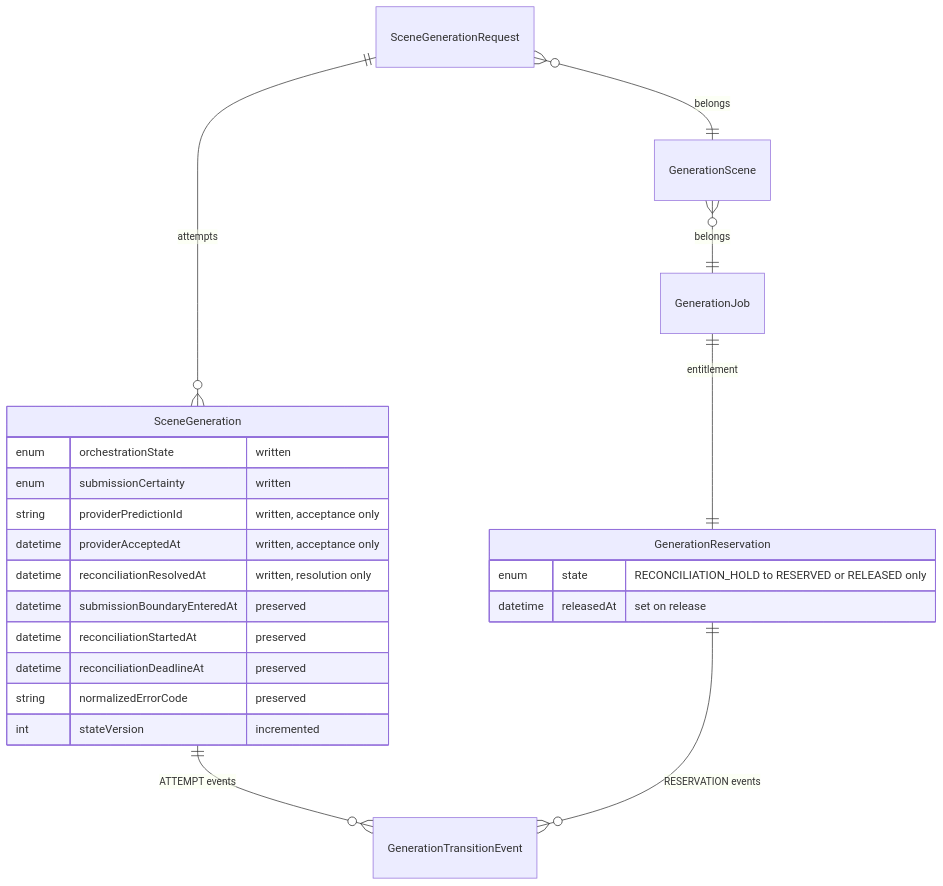
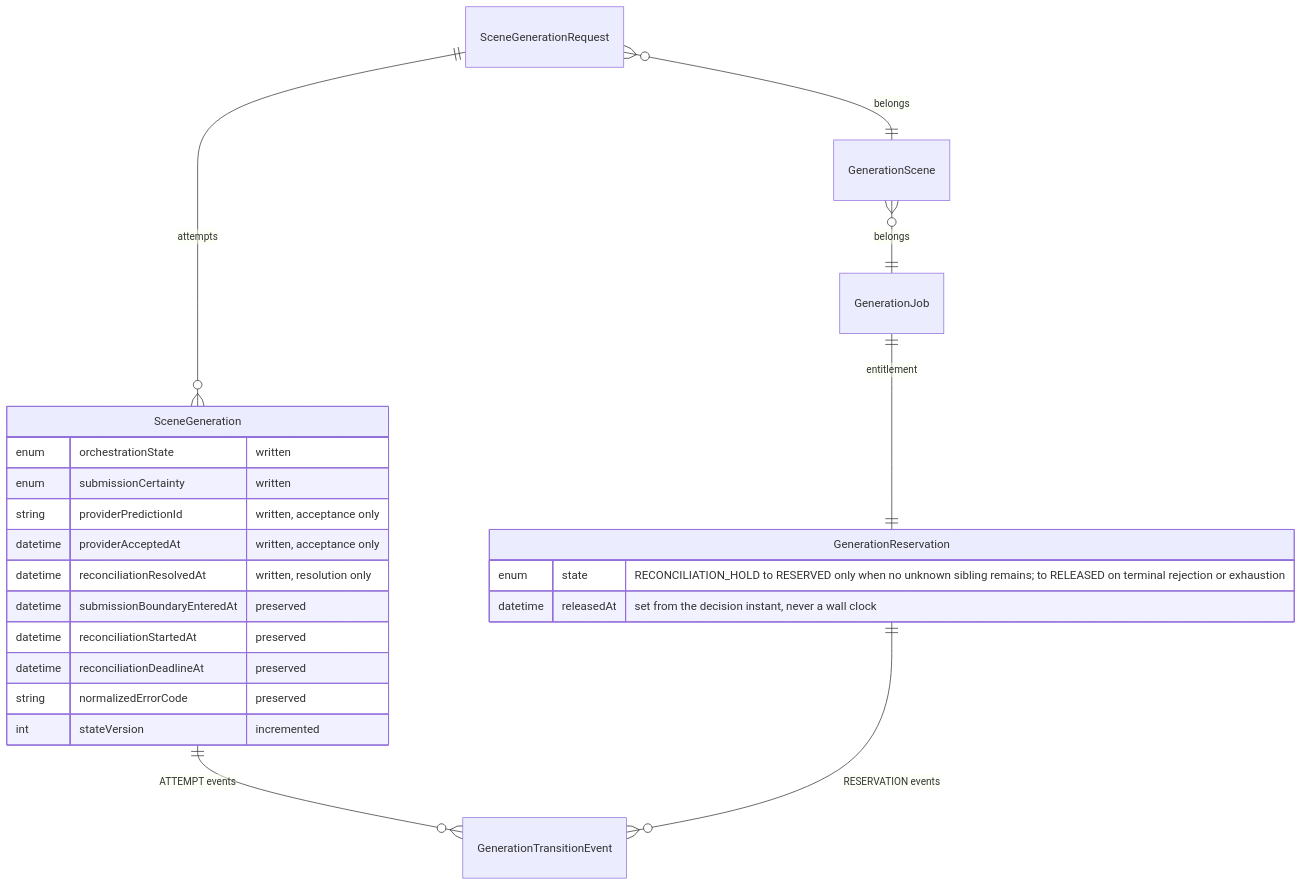
One commit to TakeTouhu/Real-Estate-Listing-Concept-Video changed the second of 2 diagrams in docs/phase-4c3b2g2-completion.md. Above: the diagram before and after it, drawn with Mermaid. The commit also changed other lines of this file and 18 other files, not shown here.

First line of the commit message:
Phase 4C-3B-2G-2: Job-scoped holds, true replay, one decision clock, bounded batches

````diff
--- a/docs/phase-4c3b2g2-completion.md
+++ b/docs/phase-4c3b2g2-completion.md
@@ -93,26 +109,26 @@
 ```mermaid
 erDiagram
     SceneGeneration ||--o{ GenerationTransitionEvent : "ATTEMPT events"
     GenerationReservation ||--o{ GenerationTransitionEvent : "RESERVATION events"
     SceneGenerationRequest ||--o{ SceneGeneration : attempts
     GenerationJob ||--|| GenerationReservation : entitlement
     GenerationScene }o--|| GenerationJob : belongs
     SceneGenerationRequest }o--|| GenerationScene : belongs
 
     SceneGeneration {
         enum orchestrationState "written"
         enum submissionCertainty "written"
         string providerPredictionId "written, acceptance only"
         datetime providerAcceptedAt "written, acceptance only"
         datetime reconciliationResolvedAt "written, resolution only"
         datetime submissionBoundaryEnteredAt "preserved"
         datetime reconciliationStartedAt "preserved"
         datetime reconciliationDeadlineAt "preserved"
         string normalizedErrorCode "preserved"
         int stateVersion "incremented"
     }
     GenerationReservation {
-        enum state "RECONCILIATION_HOLD to RESERVED or RELEASED only"
-        datetime releasedAt "set on release"
+        enum state "RECONCILIATION_HOLD to RESERVED only when no unknown sibling remains; to RELEASED on terminal rejection or exhaustion"
+        datetime releasedAt "set from the decision instant, never a wall clock"
     }
 ```
````
